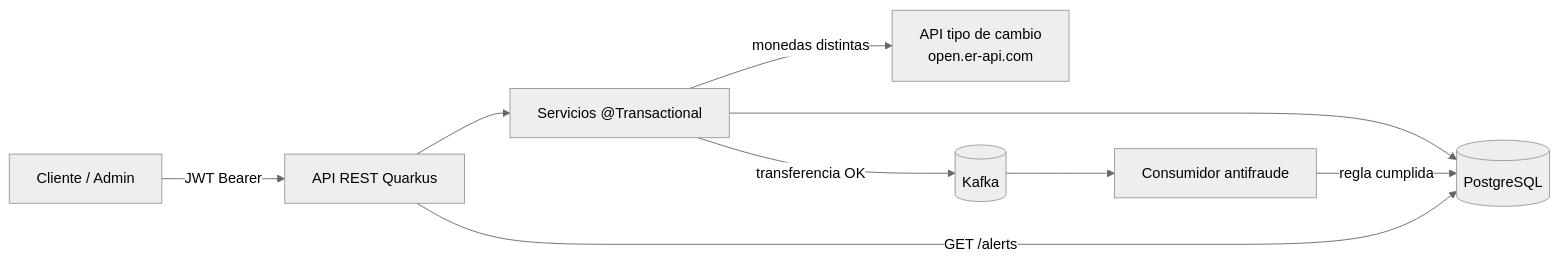
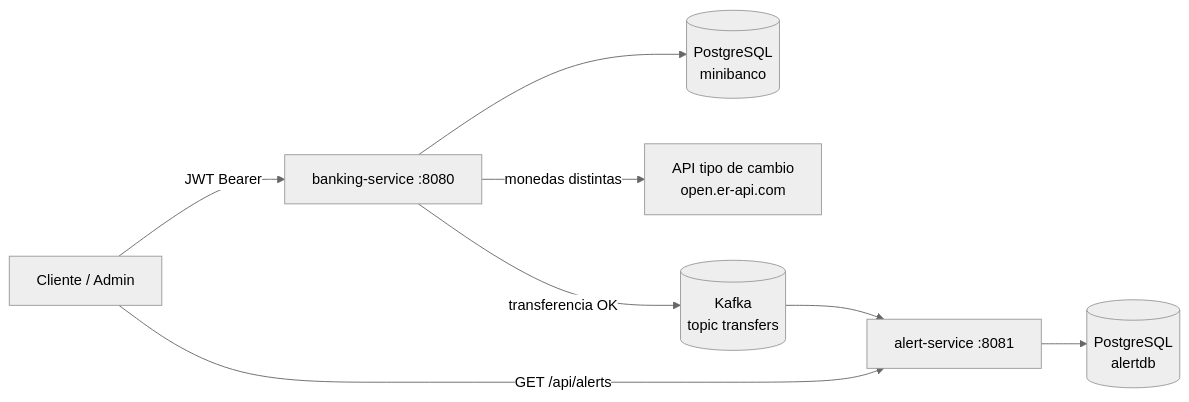
One commit to HectorZamora/quarkus-capacitation changed the diagram in README.md. Above: the diagram before and after it, drawn with Mermaid (neutral theme). The commit also changed other lines of this file, not shown here.

First line of the commit message:
docs: document microservices architecture and local setup

````diff
--- a/README.md
+++ b/README.md
@@ -20,11 +28,10 @@
 ```mermaid
 flowchart LR
-    U[Cliente / Admin] -->|JWT Bearer| API[API REST Quarkus]
-    API --> SVC[Servicios @Transactional]
-    SVC --> DB[(PostgreSQL)]
-    SVC -->|monedas distintas| FX[API tipo de cambio<br/>open.er-api.com]
-    SVC -->|transferencia OK| K[(Kafka)]
-    K --> AF[Consumidor antifraude]
-    AF -->|regla cumplida| DB
-    API -->|GET /alerts| DB
+    U[Cliente / Admin] -->|JWT Bearer| B[banking-service :8080]
+    B --> BDB[(PostgreSQL<br/>minibanco)]
+    B -->|monedas distintas| FX[API tipo de cambio<br/>open.er-api.com]
+    B -->|transferencia OK| K[(Kafka<br/>topic transfers)]
+    K --> A[alert-service :8081]
+    A --> ADB[(PostgreSQL<br/>alertdb)]
+    U -->|GET /api/alerts| A
 ```
````
